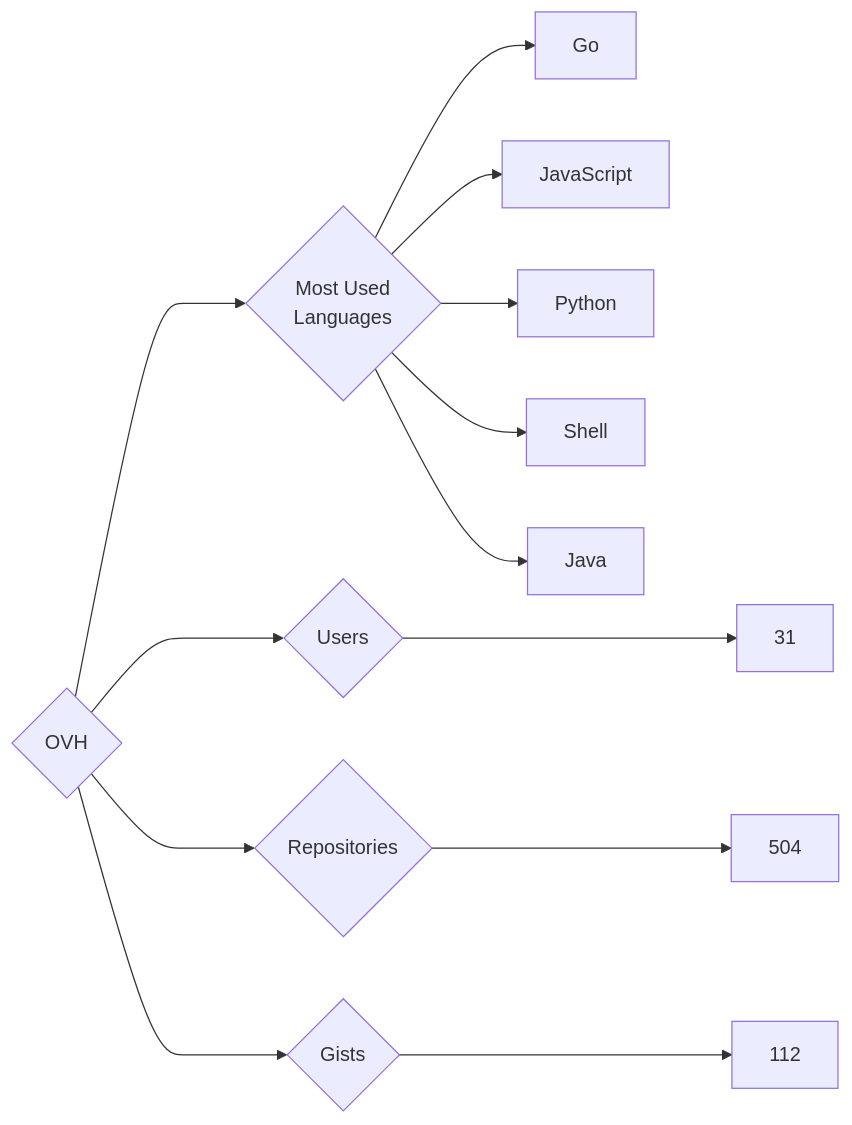
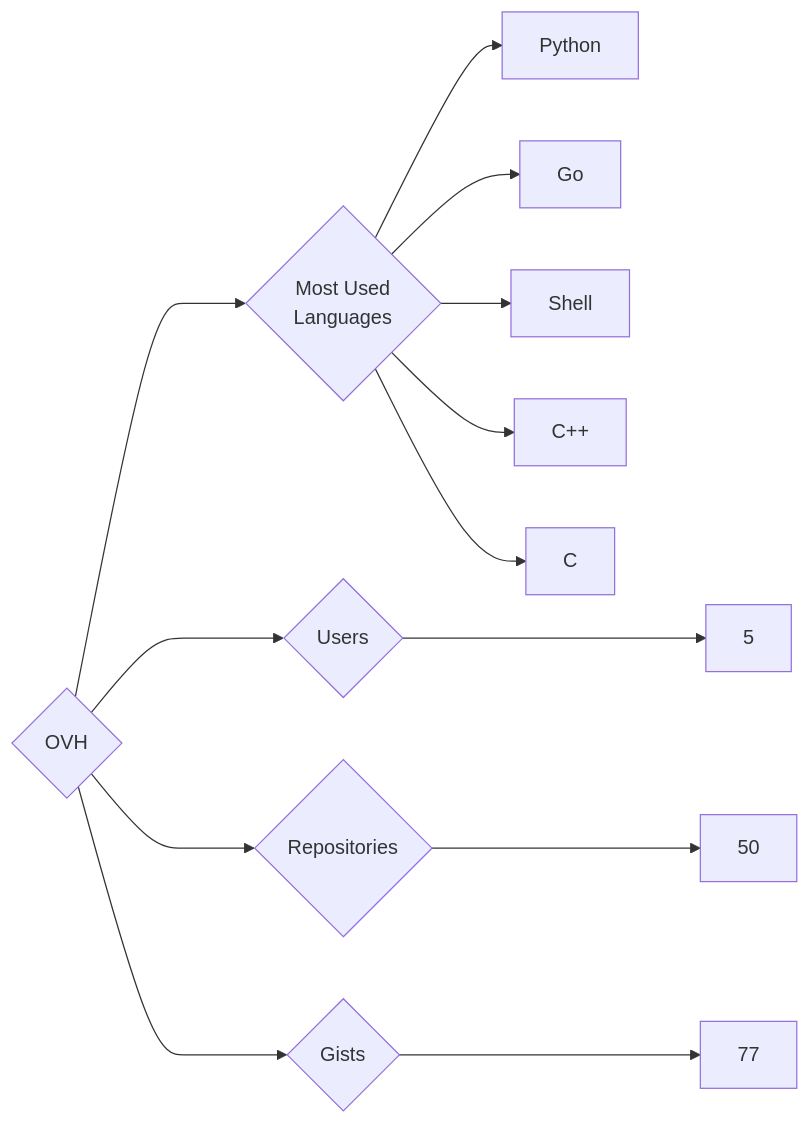
Before and after one commit to trickest/insiders: the diagram in targets/OVH/README.md, drawn with Mermaid. The commit also changed 597 other files, not shown here.

````diff
--- a/targets/OVH/README.md
+++ b/targets/OVH/README.md
@@ -3,13 +3,13 @@
 ```mermaid
 graph LR
 COMPANY_NAME{OVH}
-COMPANY_NAME ---> U{Users} ---> UN[31]
-COMPANY_NAME ---> R{Repositories} ---> RN[504]
-COMPANY_NAME ---> G{Gists} ---> GN[112]
+COMPANY_NAME ---> U{Users} ---> UN[5]
+COMPANY_NAME ---> R{Repositories} ---> RN[50]
+COMPANY_NAME ---> G{Gists} ---> GN[77]
 COMPANY_NAME ---> ML{Most Used<br>Languages}
+ML --> Python[Python]
 ML --> Go[Go]
-ML --> JavaScript[JavaScript]
-ML --> Python[Python]
 ML --> Shell[Shell]
-ML --> Java[Java]
+ML --> C++[C++]
+ML --> C[C]
 ```
````
